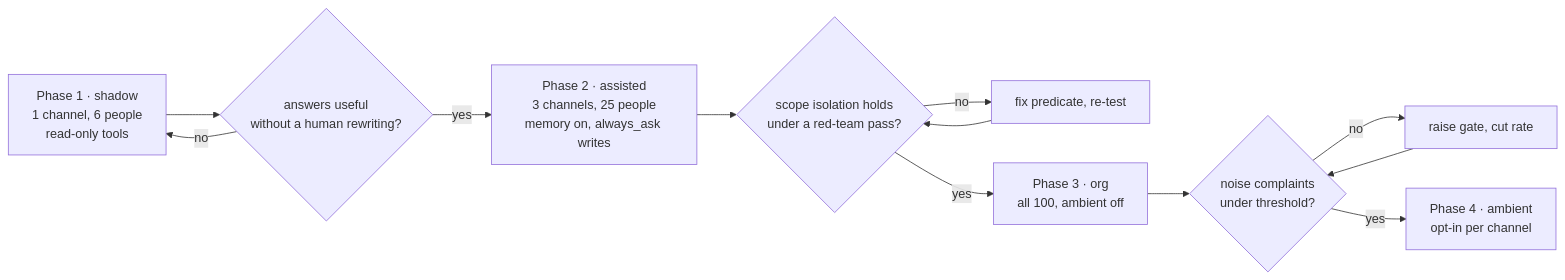
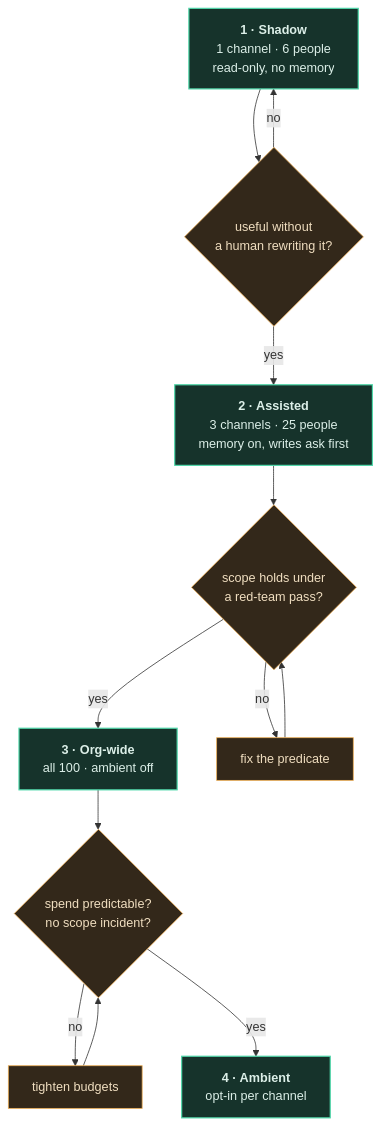
One commit to rppol/claude-tag-poc changed the diagram in docs/diagrams/phases.mmd. Above: the diagram before and after it, drawn with Mermaid. The commit also changed 12 other files, not shown here.

```diff
--- a/docs/diagrams/phases.mmd
+++ b/docs/diagrams/phases.mmd
@@ -1,10 +1,18 @@
-flowchart LR
-  P1["Phase 1 · shadow<br/>1 channel, 6 people<br/>read-only tools"] --> D1{"answers useful<br/>without a human rewriting?"}
-  D1 -- no --> P1
-  D1 -- yes --> P2["Phase 2 · assisted<br/>3 channels, 25 people<br/>memory on, always_ask writes"]
-  P2 --> D2{"scope isolation holds<br/>under a red-team pass?"}
-  D2 -- no --> FIX["fix predicate, re-test"] --> D2
-  D2 -- yes --> P3["Phase 3 · org<br/>all 100, ambient off"]
-  P3 --> D3{"noise complaints<br/>under threshold?"}
-  D3 -- no --> TUNE["raise gate, cut rate"] --> D3
-  D3 -- yes --> P4["Phase 4 · ambient<br/>opt-in per channel"]
+flowchart TB
+  P1["<b>1 · Shadow</b><br/>1 channel · 6 people<br/>read-only, no memory"]
+  P2["<b>2 · Assisted</b><br/>3 channels · 25 people<br/>memory on, writes ask first"]
+  P3["<b>3 · Org-wide</b><br/>all 100 · ambient off"]
+  P4["<b>4 · Ambient</b><br/>opt-in per channel"]
+
+  P1 --> D1{"useful without<br/>a human rewriting it?"}
+  D1 -->|"no"| P1
+  D1 -->|"yes"| P2 --> D2{"scope holds under<br/>a red-team pass?"}
+  D2 -->|"no"| FIX["fix the predicate"] --> D2
+  D2 -->|"yes"| P3 --> D3{"spend predictable?<br/>no scope incident?"}
+  D3 -->|"no"| TUNE["tighten budgets"] --> D3
+  D3 -->|"yes"| P4
+
+  classDef ph stroke:#4FD8AA,fill:#16332B,color:#DCEFE8,stroke-width:1.5px
+  classDef gate stroke:#EDAE55,fill:#33281A,color:#F0DEC0
+  class P1,P2,P3,P4 ph
+  class D1,D2,D3,FIX,TUNE gate
```
